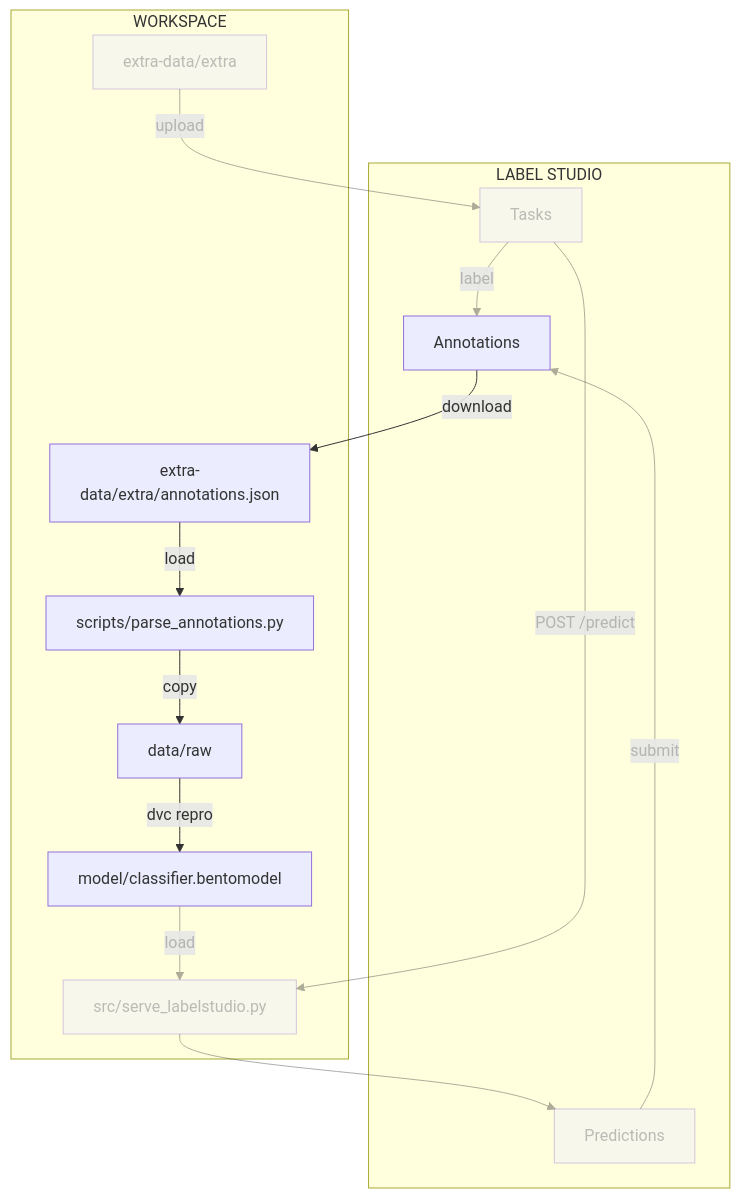
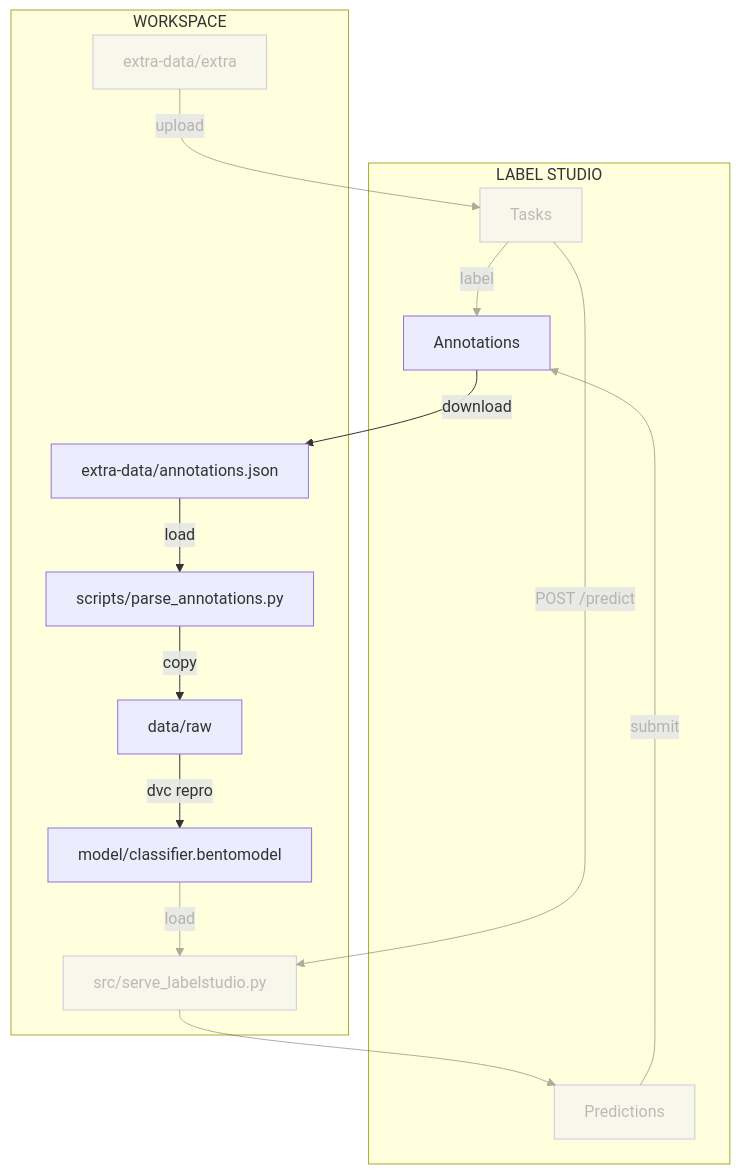
The diagram in docs/part-5-label-data-and-retrain/chapter-54-retrain-the-model-from-new-data-with-dvc.md (swiss-ai-center/a-guide-to-mlops), drawn with Mermaid before and after one commit. The commit also changed 3 other files, not shown here.

Commit message:
Fix diagram paths, Mermaid syntax, grammar, and shell comments in Part 5

````diff
--- a/docs/part-5-label-data-and-retrain/chapter-54-retrain-the-model-from-new-data-with-dvc.md
+++ b/docs/part-5-label-data-and-retrain/chapter-54-retrain-the-model-from-new-data-with-dvc.md
@@ -13,39 +13,39 @@
 ```mermaid
 flowchart TB
     extra -->|upload| labelStudioTasks
     labelStudioTasks -->|label| labelStudioAnnotations
     bento_model -->|load| fastapi
     labelStudioTasks -->|POST /predict| fastapi
     fastapi --> labelStudioPredictions
     labelStudioPredictions -->|submit| labelStudioAnnotations
     labelStudioAnnotations -->|download| extra_annotations
-    extra_annotations --> |load| parse_annotations
+    extra_annotations -->|load| parse_annotations
     parse_annotations -->|copy| data_raw
     data_raw -->|dvc repro| bento_model
 
     subgraph workspaceGraph[WORKSPACE]
         extra[extra-data/extra]
-        extra_annotations[extra-data/extra/annotations.json]
+        extra_annotations[extra-data/annotations.json]
         bento_model[model/classifier.bentomodel]
         fastapi[src/serve_labelstudio.py]
         parse_annotations[scripts/parse_annotations.py]
         data_raw[data/raw]
     end
 
     subgraph labelStudioGraph[LABEL STUDIO]
         labelStudioTasks[Tasks]
         labelStudioAnnotations[Annotations]
         labelStudioPredictions[Predictions]
     end
 
     style extra opacity:0.4,color:#7f7f7f80
     style labelStudioTasks opacity:0.4,color:#7f7f7f80
     style fastapi opacity:0.4,color:#7f7f7f80
     style labelStudioPredictions opacity:0.4,color:#7f7f7f80
     linkStyle 0 opacity:0.4,color:#7f7f7f80
     linkStyle 1 opacity:0.4,color:#7f7f7f80
     linkStyle 2 opacity:0.4,color:#7f7f7f80
     linkStyle 3 opacity:0.4,color:#7f7f7f80
     linkStyle 4 opacity:0.4,color:#7f7f7f80
     linkStyle 5 opacity:0.4,color:#7f7f7f80
 ```
````
